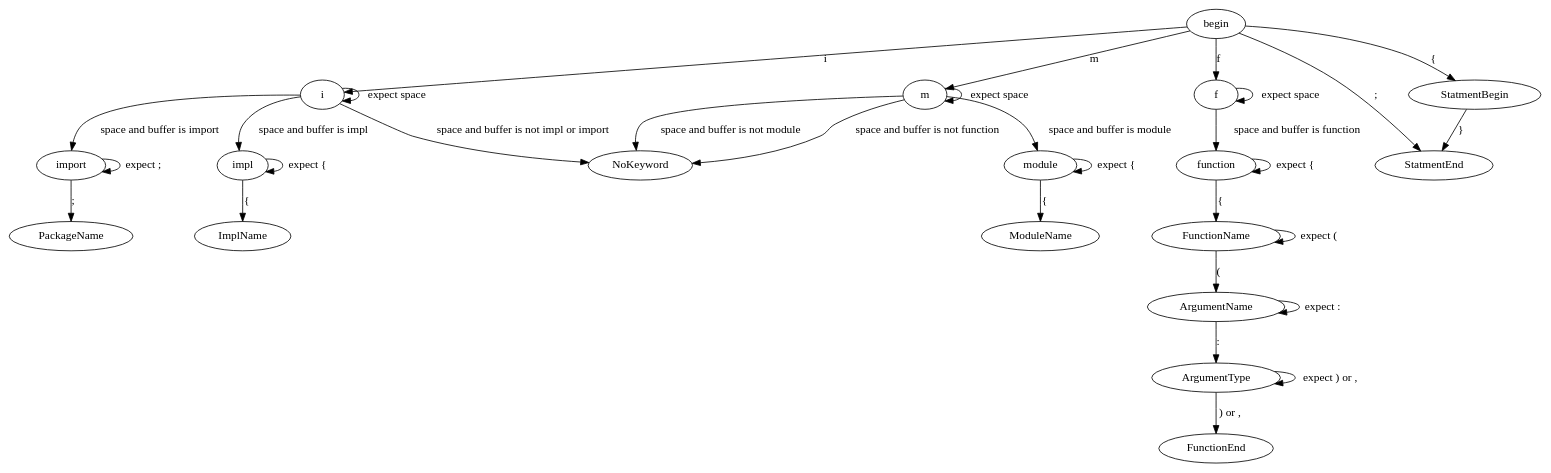
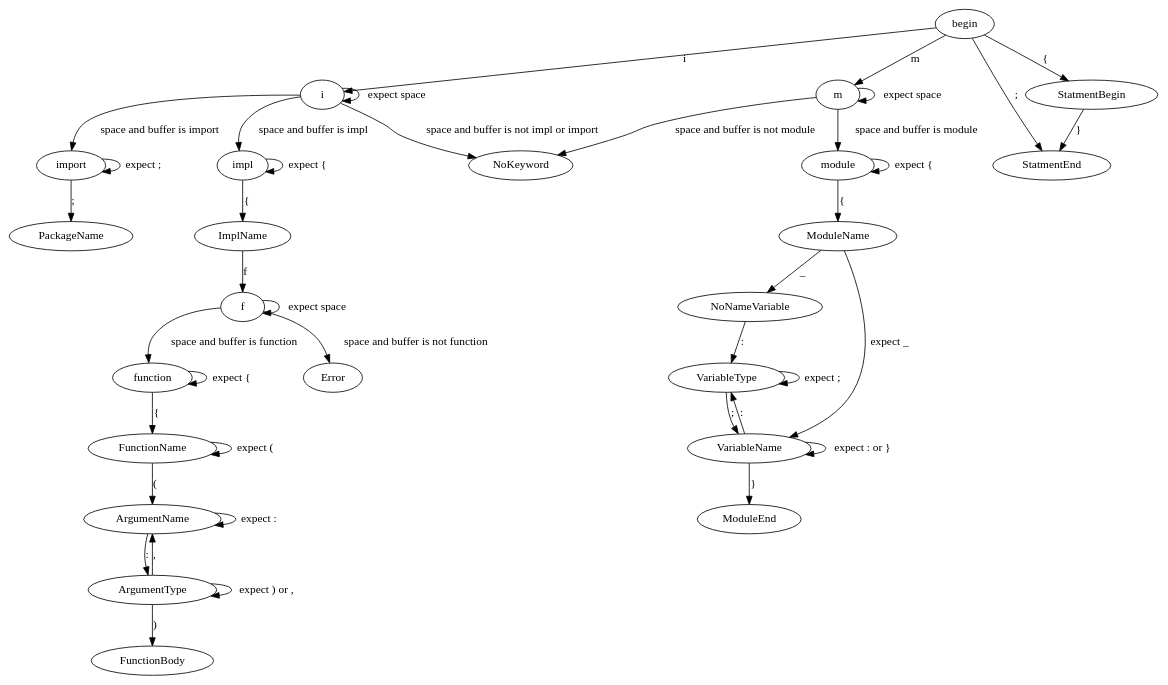
Before and after one commit to tiannian/flow: the diagram in examples/lex.dot, drawn with Graphviz. The commit also changed 3 other files, not shown here.

```diff
--- a/examples/lex.dot
+++ b/examples/lex.dot
@@ -1,44 +1,53 @@
 digraph {
     begin -> i[label = "i"];
     i -> i[label = "expect space"];
     i -> import[label = "space and buffer is import"];
     i -> impl[label = "space and buffer is impl"];
     
     i -> NoKeyword[label = "space and buffer is not impl or import"];
     
     begin -> m[label = "m"];
     m -> m[label = "expect space"];
     m -> module[label = "space and buffer is module"];
     m -> NoKeyword[label = "space and buffer is not module"];
     
-    begin -> f[label = "f"];
-    f -> f[label = "expect space"];
-    f -> function[label = "space and buffer is function"];
-    m -> NoKeyword[label = "space and buffer is not function"];
-    
-    begin -> StatmentEnd[label = ";"];
-    begin -> StatmentBegin[label = "{"];
-    StatmentBegin -> StatmentEnd [label = "}"];
-    
     import -> import[label = "expect ;"];
     import -> PackageName[label = ";"];
     
     module -> module[label = "expect {"];
     module -> ModuleName[label = "{"];
+    
+    ModuleName -> NoNameVariable[label = "_"];
+    ModuleName -> VariableName[label = "expect _"];
+    VariableName -> VariableName[label = "expect : or }"];
+    VariableName -> VariableType[label = ":"];
+    NoNameVariable -> VariableType[label = ":"];
+    VariableType -> VariableType[label = "expect ;"];
+    VariableType -> VariableName[label = ";"];
+    VariableName -> ModuleEnd[label = "}"];
+    
+    impl -> impl[label = "expect {"];
+    impl -> ImplName[label = "{"];
+    ImplName -> f[label = "f"];
+    
+    f -> f[label = "expect space"];
+    f -> function[label = "space and buffer is function"];
+    f -> Error[label = "space and buffer is not function"];
     
     function -> function[label = "expect {"];
     function -> FunctionName[label = "{"];
     FunctionName -> FunctionName[label = "expect ("];
     FunctionName -> ArgumentName[label = "("];
     ArgumentName -> ArgumentName[label = "expect :"];
     ArgumentName -> ArgumentType[label = ":"];
     ArgumentType -> ArgumentType[label = "expect ) or ,"];
-    ArgumentType -> FunctionEnd[label = ") or ,"];
+    ArgumentType -> ArgumentName[label = ","]
+    ArgumentType -> FunctionBody[label = ")"];
     
-    
-    impl -> impl[label = "expect {"];
-    impl -> ImplName[label = "{"];
+    begin -> StatmentEnd[label = ";"];
+    begin -> StatmentBegin[label = "{"];
+    StatmentBegin -> StatmentEnd [label = "}"];
     
     
     
 }
```
